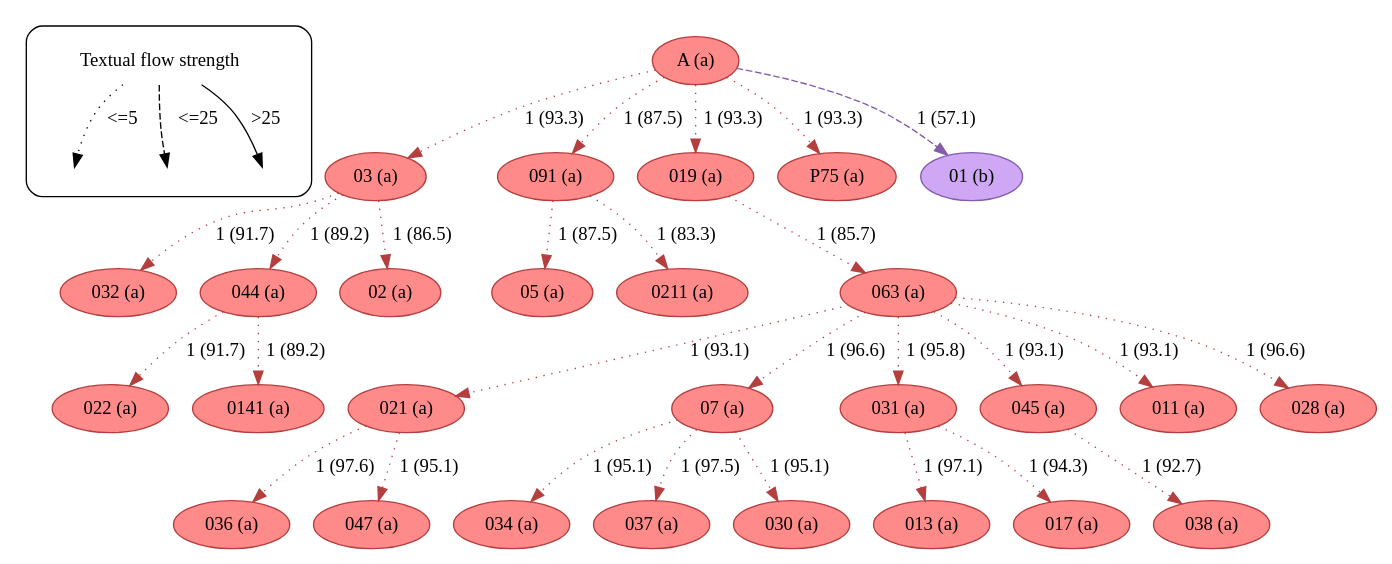
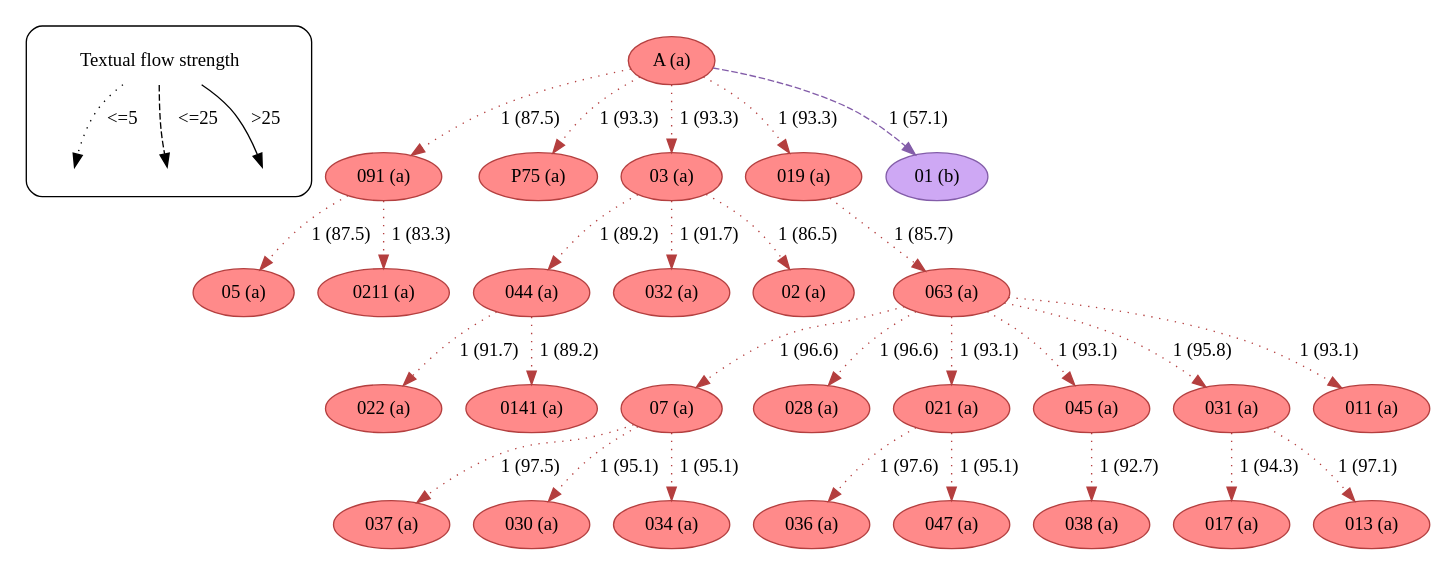
One commit to edmondac/CBGM changed the diagram in example/c499/textual_flow_22_60_c499.dot. Above: the diagram before and after it, drawn with Graphviz. The commit also changed other lines of this file and 163 other files, not shown here.

```diff
--- a/example/c499/textual_flow_22_60_c499.dot
+++ b/example/c499/textual_flow_22_60_c499.dot
@@ -23,133 +23,6 @@
 		leg_s -> leg_e3		 [label=">25",
 			style=solid];
 	}
-	021	 [color="#b43f3f",
-		fillcolor="#FF8A8A",
-		label="021 (a)",
-		style=filled];
-	036	 [color="#b43f3f",
-		fillcolor="#FF8A8A",
-		label="036 (a)",
-		style=filled];
-	021 -> 036	 [color="#b43f3f",
-		label="1 (97.6)",
-		style=dotted];
-	047	 [color="#b43f3f",
-		fillcolor="#FF8A8A",
-		label="047 (a)",
-		style=filled];
-	021 -> 047	 [color="#b43f3f",
-		label="1 (95.1)",
-		style=dotted];
-	03	 [color="#b43f3f",
-		fillcolor="#FF8A8A",
-		label="03 (a)",
-		style=filled];
-	032	 [color="#b43f3f",
-		fillcolor="#FF8A8A",
-		label="032 (a)",
-		style=filled];
-	03 -> 032	 [color="#b43f3f",
-		label="1 (91.7)",
-		style=dotted];
-	044	 [color="#b43f3f",
-		fillcolor="#FF8A8A",
-		label="044 (a)",
-		style=filled];
-	03 -> 044	 [color="#b43f3f",
-		label="1 (89.2)",
-		style=dotted];
-	02	 [color="#b43f3f",
-		fillcolor="#FF8A8A",
-		label="02 (a)",
-		style=filled];
-	03 -> 02	 [color="#b43f3f",
-		label="1 (86.5)",
-		style=dotted];
-	07	 [color="#b43f3f",
-		fillcolor="#FF8A8A",
-		label="07 (a)",
-		style=filled];
-	034	 [color="#b43f3f",
-		fillcolor="#FF8A8A",
-		label="034 (a)",
-		style=filled];
-	07 -> 034	 [color="#b43f3f",
-		label="1 (95.1)",
-		style=dotted];
-	037	 [color="#b43f3f",
-		fillcolor="#FF8A8A",
-		label="037 (a)",
-		style=filled];
-	07 -> 037	 [color="#b43f3f",
-		label="1 (97.5)",
-		style=dotted];
-	030	 [color="#b43f3f",
-		fillcolor="#FF8A8A",
-		label="030 (a)",
-		style=filled];
-	07 -> 030	 [color="#b43f3f",
-		label="1 (95.1)",
-		style=dotted];
-	031	 [color="#b43f3f",
-		fillcolor="#FF8A8A",
-		label="031 (a)",
-		style=filled];
-	013	 [color="#b43f3f",
-		fillcolor="#FF8A8A",
-		label="013 (a)",
-		style=filled];
-	031 -> 013	 [color="#b43f3f",
-		label="1 (97.1)",
-		style=dotted];
-	017	 [color="#b43f3f",
-		fillcolor="#FF8A8A",
-		label="017 (a)",
-		style=filled];
-	031 -> 017	 [color="#b43f3f",
-		label="1 (94.3)",
-		style=dotted];
-	063	 [color="#b43f3f",
-		fillcolor="#FF8A8A",
-		label="063 (a)",
-		style=filled];
-	063 -> 021	 [color="#b43f3f",
-		label="1 (93.1)",
-		style=dotted];
-	063 -> 07	 [color="#b43f3f",
-		label="1 (96.6)",
-		style=dotted];
-	063 -> 031	 [color="#b43f3f",
-		label="1 (95.8)",
-		style=dotted];
-	045	 [color="#b43f3f",
-		fillcolor="#FF8A8A",
-		label="045 (a)",
-		style=filled];
-	063 -> 045	 [color="#b43f3f",
-		label="1 (93.1)",
-		style=dotted];
-	011	 [color="#b43f3f",
-		fillcolor="#FF8A8A",
-		label="011 (a)",
-		style=filled];
-	063 -> 011	 [color="#b43f3f",
-		label="1 (93.1)",
-		style=dotted];
-	028	 [color="#b43f3f",
-		fillcolor="#FF8A8A",
-		label="028 (a)",
-		style=filled];
-	063 -> 028	 [color="#b43f3f",
-		label="1 (96.6)",
-		style=dotted];
-	038	 [color="#b43f3f",
-		fillcolor="#FF8A8A",
-		label="038 (a)",
-		style=filled];
-	045 -> 038	 [color="#b43f3f",
-		label="1 (92.7)",
-		style=dotted];
 	091	 [color="#b43f3f",
 		fillcolor="#FF8A8A",
 		label="091 (a)",
@@ -172,24 +45,28 @@
 		fillcolor="#FF8A8A",
 		label="A (a)",
 		style=filled];
+	A -> 091	 [color="#b43f3f",
+		label="1 (87.5)",
+		style=dotted];
+	P75	 [color="#b43f3f",
+		fillcolor="#FF8A8A",
+		label="P75 (a)",
+		style=filled];
+	A -> P75	 [color="#b43f3f",
+		label="1 (93.3)",
+		style=dotted];
+	03	 [color="#b43f3f",
+		fillcolor="#FF8A8A",
+		label="03 (a)",
+		style=filled];
 	A -> 03	 [color="#b43f3f",
 		label="1 (93.3)",
-		style=dotted];
-	A -> 091	 [color="#b43f3f",
-		label="1 (87.5)",
 		style=dotted];
 	019	 [color="#b43f3f",
 		fillcolor="#FF8A8A",
 		label="019 (a)",
 		style=filled];
 	A -> 019	 [color="#b43f3f",
-		label="1 (93.3)",
-		style=dotted];
-	P75	 [color="#b43f3f",
-		fillcolor="#FF8A8A",
-		label="P75 (a)",
-		style=filled];
-	A -> P75	 [color="#b43f3f",
 		label="1 (93.3)",
 		style=dotted];
 	01	 [color="#835da9",
@@ -199,8 +76,107 @@
 	A -> 01	 [color="#835da9",
 		label="1 (57.1)",
 		style=dashed];
-	019 -> 063	 [color="#b43f3f",
-		label="1 (85.7)",
+	063	 [color="#b43f3f",
+		fillcolor="#FF8A8A",
+		label="063 (a)",
+		style=filled];
+	07	 [color="#b43f3f",
+		fillcolor="#FF8A8A",
+		label="07 (a)",
+		style=filled];
+	063 -> 07	 [color="#b43f3f",
+		label="1 (96.6)",
+		style=dotted];
+	028	 [color="#b43f3f",
+		fillcolor="#FF8A8A",
+		label="028 (a)",
+		style=filled];
+	063 -> 028	 [color="#b43f3f",
+		label="1 (96.6)",
+		style=dotted];
+	021	 [color="#b43f3f",
+		fillcolor="#FF8A8A",
+		label="021 (a)",
+		style=filled];
+	063 -> 021	 [color="#b43f3f",
+		label="1 (93.1)",
+		style=dotted];
+	045	 [color="#b43f3f",
+		fillcolor="#FF8A8A",
+		label="045 (a)",
+		style=filled];
+	063 -> 045	 [color="#b43f3f",
+		label="1 (93.1)",
+		style=dotted];
+	031	 [color="#b43f3f",
+		fillcolor="#FF8A8A",
+		label="031 (a)",
+		style=filled];
+	063 -> 031	 [color="#b43f3f",
+		label="1 (95.8)",
+		style=dotted];
+	011	 [color="#b43f3f",
+		fillcolor="#FF8A8A",
+		label="011 (a)",
+		style=filled];
+	063 -> 011	 [color="#b43f3f",
+		label="1 (93.1)",
+		style=dotted];
+	037	 [color="#b43f3f",
+		fillcolor="#FF8A8A",
+		label="037 (a)",
+		style=filled];
+	07 -> 037	 [color="#b43f3f",
+		label="1 (97.5)",
+		style=dotted];
+	030	 [color="#b43f3f",
+		fillcolor="#FF8A8A",
+		label="030 (a)",
+		style=filled];
+	07 -> 030	 [color="#b43f3f",
+		label="1 (95.1)",
+		style=dotted];
+	034	 [color="#b43f3f",
+		fillcolor="#FF8A8A",
+		label="034 (a)",
+		style=filled];
+	07 -> 034	 [color="#b43f3f",
+		label="1 (95.1)",
+		style=dotted];
+	036	 [color="#b43f3f",
+		fillcolor="#FF8A8A",
+		label="036 (a)",
+		style=filled];
+	021 -> 036	 [color="#b43f3f",
+		label="1 (97.6)",
+		style=dotted];
+	047	 [color="#b43f3f",
+		fillcolor="#FF8A8A",
+		label="047 (a)",
+		style=filled];
+	021 -> 047	 [color="#b43f3f",
+		label="1 (95.1)",
+		style=dotted];
+	044	 [color="#b43f3f",
+		fillcolor="#FF8A8A",
+		label="044 (a)",
+		style=filled];
+	03 -> 044	 [color="#b43f3f",
+		label="1 (89.2)",
+		style=dotted];
+	032	 [color="#b43f3f",
+		fillcolor="#FF8A8A",
+		label="032 (a)",
+		style=filled];
+	03 -> 032	 [color="#b43f3f",
+		label="1 (91.7)",
+		style=dotted];
+	02	 [color="#b43f3f",
+		fillcolor="#FF8A8A",
+		label="02 (a)",
+		style=filled];
+	03 -> 02	 [color="#b43f3f",
+		label="1 (86.5)",
 		style=dotted];
 	022	 [color="#b43f3f",
 		fillcolor="#FF8A8A",
@@ -216,4 +192,28 @@
 	044 -> 0141	 [color="#b43f3f",
 		label="1 (89.2)",
 		style=dotted];
+	019 -> 063	 [color="#b43f3f",
+		label="1 (85.7)",
+		style=dotted];
+	038	 [color="#b43f3f",
+		fillcolor="#FF8A8A",
+		label="038 (a)",
+		style=filled];
+	045 -> 038	 [color="#b43f3f",
+		label="1 (92.7)",
+		style=dotted];
+	017	 [color="#b43f3f",
+		fillcolor="#FF8A8A",
+		label="017 (a)",
+		style=filled];
+	031 -> 017	 [color="#b43f3f",
+		label="1 (94.3)",
+		style=dotted];
+	013	 [color="#b43f3f",
+		fillcolor="#FF8A8A",
+		label="013 (a)",
+		style=filled];
+	031 -> 013	 [color="#b43f3f",
+		label="1 (97.1)",
+		style=dotted];
 }
```
